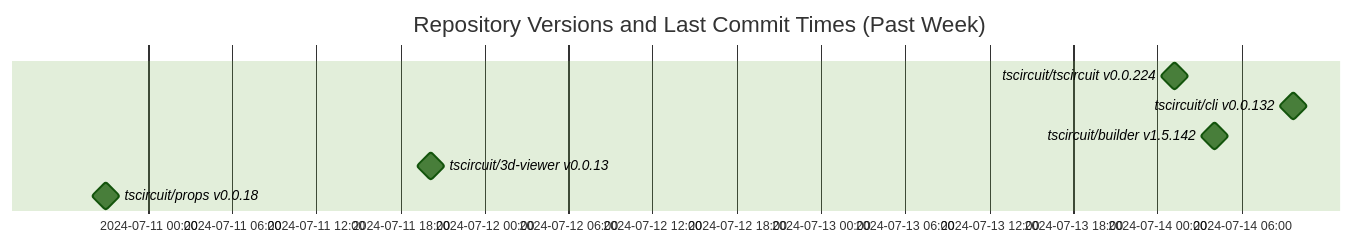
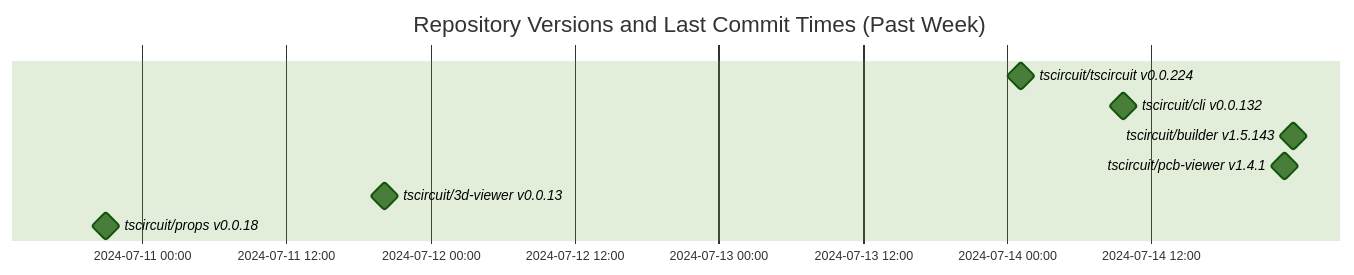
The diagram in README.md (tscircuit/version-tracker), drawn with Mermaid (forest theme) before and after one commit.

Commit message:
Update chart

````diff
--- a/README.md
+++ b/README.md
@@ -1,12 +1,13 @@
 ```mermaid
 gantt
   dateFormat  YYYY-MM-DD HH:mm:ss
   title Repository Versions and Last Commit Times (Past Week)
   axisFormat %Y-%m-%d %H:%M
 
   tscircuit/tscircuit v0.0.224 : milestone, 2024-07-14 01:11:10, 1s
   tscircuit/cli v0.0.132 : milestone, 2024-07-14 09:42:00, 1s
-  tscircuit/builder v1.5.142 : milestone, 2024-07-14 04:03:17, 1s
+  tscircuit/builder v1.5.143 : milestone, 2024-07-14 23:49:38, 1s
+  tscircuit/pcb-viewer v1.4.1 : milestone, 2024-07-14 23:05:20, 1s
   tscircuit/3d-viewer v0.0.13 : milestone, 2024-07-11 20:12:35, 1s
   tscircuit/props v0.0.18 : milestone, 2024-07-10 20:59:29, 1s
 ```
````
